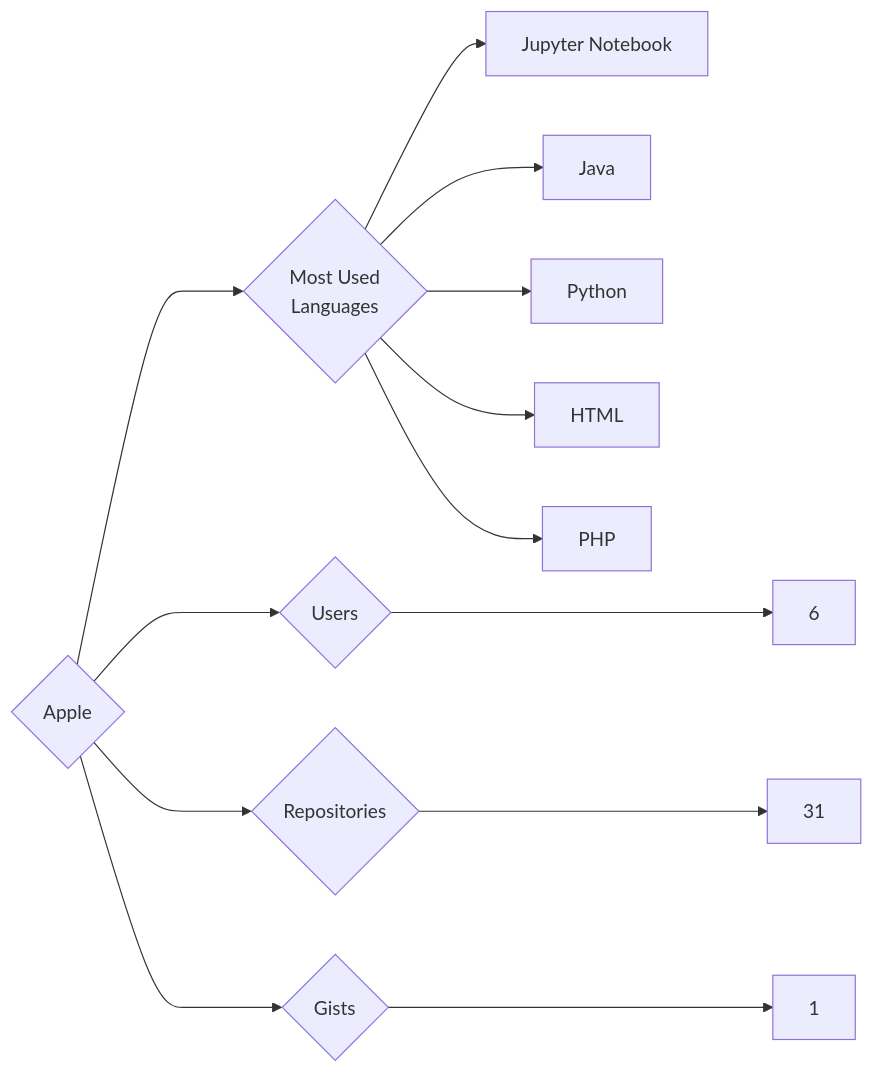
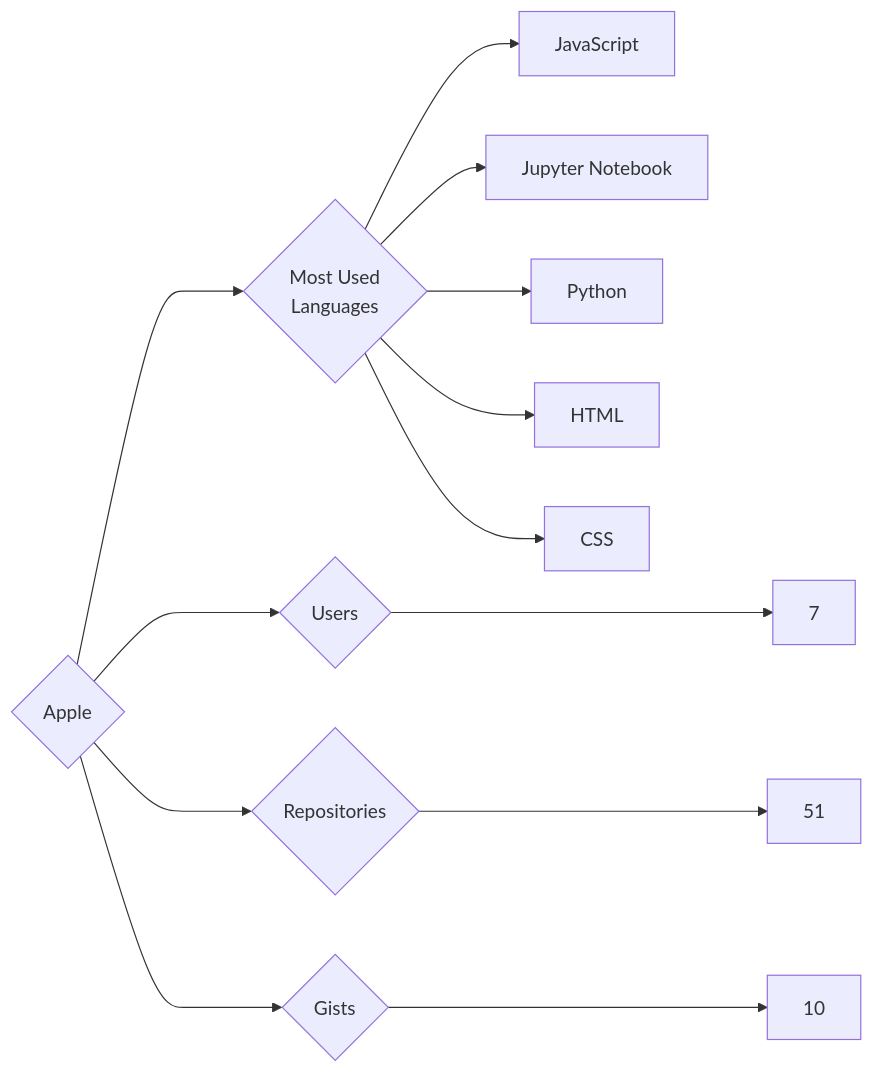
Before and after one commit to trickest/insiders: the diagram in targets/Apple/README.md, drawn with Mermaid. The commit also changed 1212 other files, not shown here.

````diff
--- a/targets/Apple/README.md
+++ b/targets/Apple/README.md
@@ -3,13 +3,13 @@
 ```mermaid
 graph LR
 COMPANY_NAME{Apple}
-COMPANY_NAME ---> U{Users} ---> UN[6]
-COMPANY_NAME ---> R{Repositories} ---> RN[31]
-COMPANY_NAME ---> G{Gists} ---> GN[1]
+COMPANY_NAME ---> U{Users} ---> UN[7]
+COMPANY_NAME ---> R{Repositories} ---> RN[51]
+COMPANY_NAME ---> G{Gists} ---> GN[10]
 COMPANY_NAME ---> ML{Most Used<br>Languages}
+ML --> JavaScript[JavaScript]
 ML --> Jupyter_Notebook[Jupyter Notebook]
-ML --> Java[Java]
 ML --> Python[Python]
 ML --> HTML[HTML]
-ML --> PHP[PHP]
+ML --> CSS[CSS]
 ```
````
